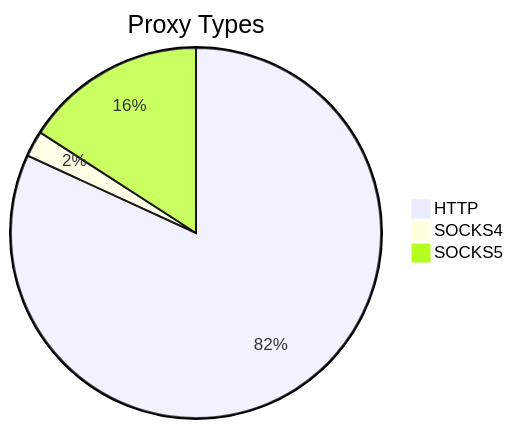
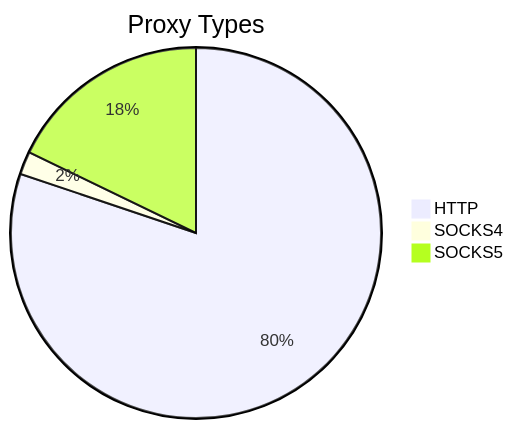
Before and after one commit to stormsia/proxy-list: the first of 2 diagrams in README.md, drawn with Mermaid. The commit also changed other lines of this file, not shown here.

````diff
--- a/README.md
+++ b/README.md
@@ -21,6 +21,6 @@
 ```mermaid
 pie title Proxy Types
-    "HTTP" : 1227
+    "HTTP" : 1358
     "SOCKS4" : 34
-    "SOCKS5" : 238
+    "SOCKS5" : 302
 ```
````
